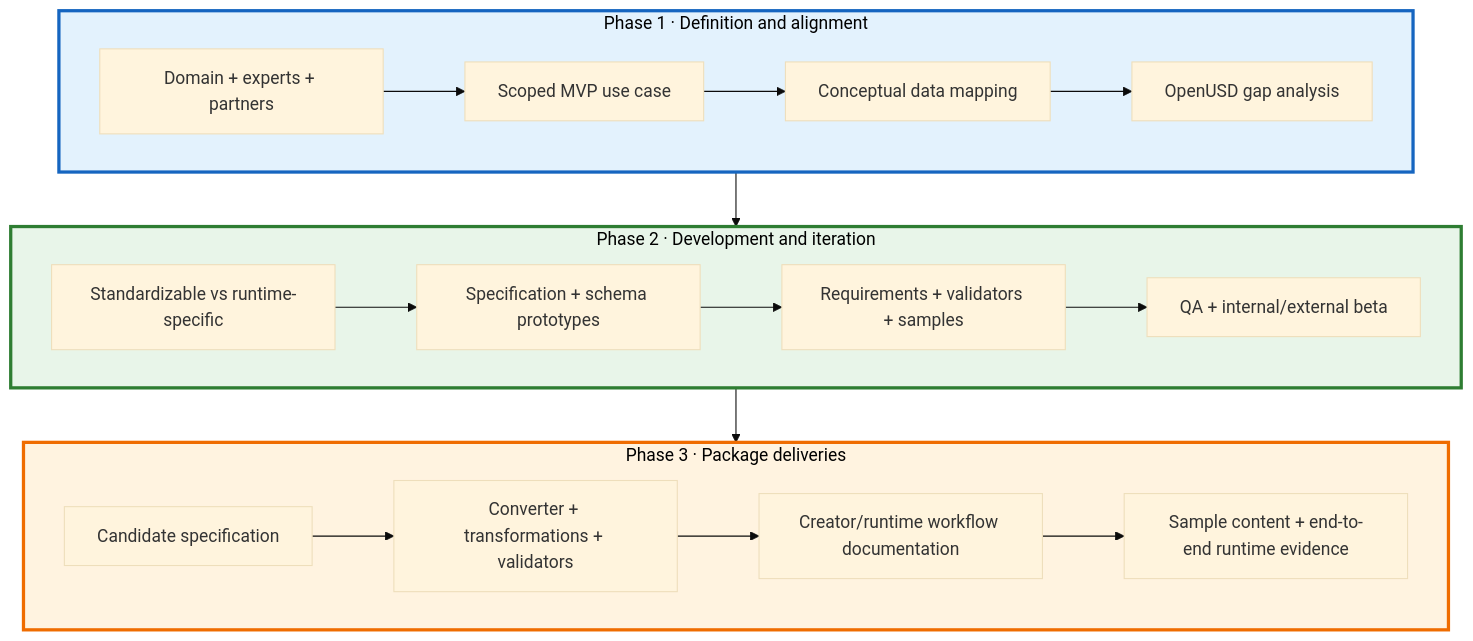
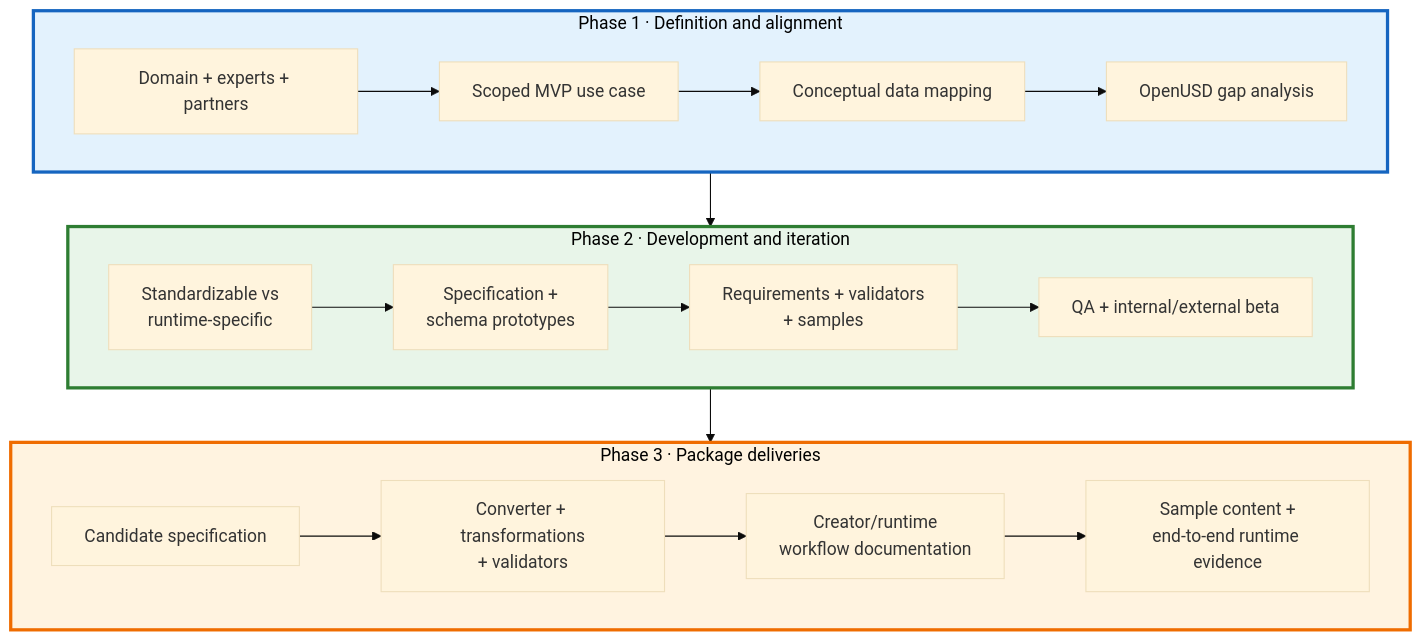
Before and after one commit to jph2/USD_GoodStart: diagram 21 of 21 in WIP_Docs/LAYER_ORDER_REFERENCES_RESEARCH.md, drawn with Mermaid (base theme). The commit also changed other lines of this file, not shown here.

Commit message:
Fix Mermaid label clipping in research diagrams

````diff
--- a/WIP_Docs/LAYER_ORDER_REFERENCES_RESEARCH.md
+++ b/WIP_Docs/LAYER_ORDER_REFERENCES_RESEARCH.md
@@ -2594,35 +2603,35 @@
 ```mermaid
 flowchart TB
     subgraph Phase1["Phase 1 · Definition and alignment"]
         direction LR
         Domain["Domain + experts + partners"]
         UseCase["Scoped MVP use case"]
         Mapping["Conceptual data mapping"]
         Gap["OpenUSD gap analysis"]
         Domain --> UseCase --> Mapping --> Gap
     end
 
     subgraph Phase2["Phase 2 · Development and iteration"]
         direction LR
-        Viability["Standardizable vs runtime-specific"]
-        Draft["Specification + schema prototypes"]
-        Build["Requirements + validators + samples"]
+        Viability["Standardizable vs<br/>runtime-specific"]
+        Draft["Specification +<br/>schema prototypes"]
+        Build["Requirements + validators<br/>+ samples"]
         Beta["QA + internal/external beta"]
         Viability --> Draft --> Build --> Beta
     end
 
     subgraph Phase3["Phase 3 · Package deliveries"]
         direction LR
         Candidate["Candidate specification"]
-        Pipeline["Converter + transformations + validators"]
-        Docs["Creator/runtime workflow documentation"]
-        Samples["Sample content + end-to-end runtime evidence"]
+        Pipeline["Converter + transformations<br/>+ validators"]
+        Docs["Creator/runtime<br/>workflow documentation"]
+        Samples["Sample content +<br/>end-to-end runtime evidence"]
         Candidate --> Pipeline --> Docs --> Samples
     end
 
     Phase1 --> Phase2 --> Phase3
 
     style Phase1 fill:#e3f2fd,stroke:#1565c0,stroke-width:3px,color:#000
     style Phase2 fill:#e8f5e9,stroke:#2e7d32,stroke-width:3px,color:#000
     style Phase3 fill:#fff3e0,stroke:#ef6c00,stroke-width:3px,color:#000
 ```
````
